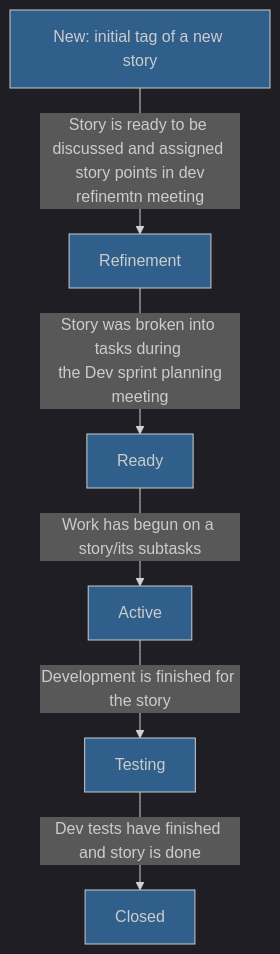
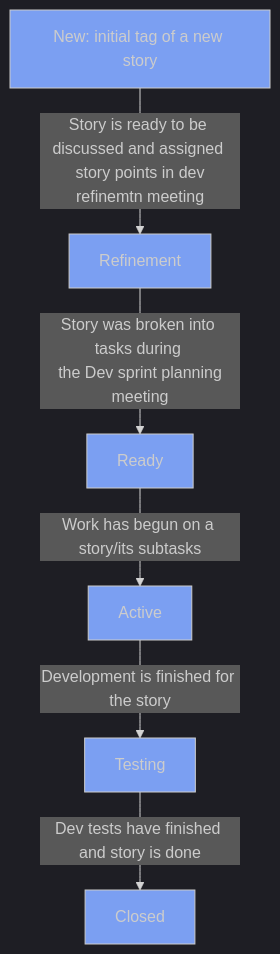
The second of 3 diagrams in README.md (abbyhoosh/VueFrontend), drawn with Mermaid before and after one commit. The commit also changed other lines of this file, not shown here.

````diff
--- a/README.md
+++ b/README.md
@@ -85,21 +85,21 @@
 ```mermaid
 %%{init: {'theme':'dark'}}%%
 
 flowchart TD
-classDef tags fill:#2F5F8A
+classDef tags fill:#7B9FF2
 
 NewStory[New: initial tag of a new story]
 StoryRefinement[Refinement]
 StoryReady[Ready]
 StoryActive[Active]
 StoryTesting[Testing]
 StoryClosed[Closed]
 
 NewStory-->|Story is ready to be discussed and assigned <br> story points in dev refinemtn meeting|StoryRefinement
 StoryRefinement-->|Story was broken into tasks during <br> the Dev sprint planning meeting|StoryReady
 StoryReady-->|Work has begun on a story/its subtasks|StoryActive
 StoryActive-->|Development is finished for the story|StoryTesting
 StoryTesting-->|Dev tests have finished and story is done|StoryClosed
 
 class NewStory,StoryRefinement,StoryReady,StoryActive,StoryTesting,StoryClosed tags;
 ```
````
